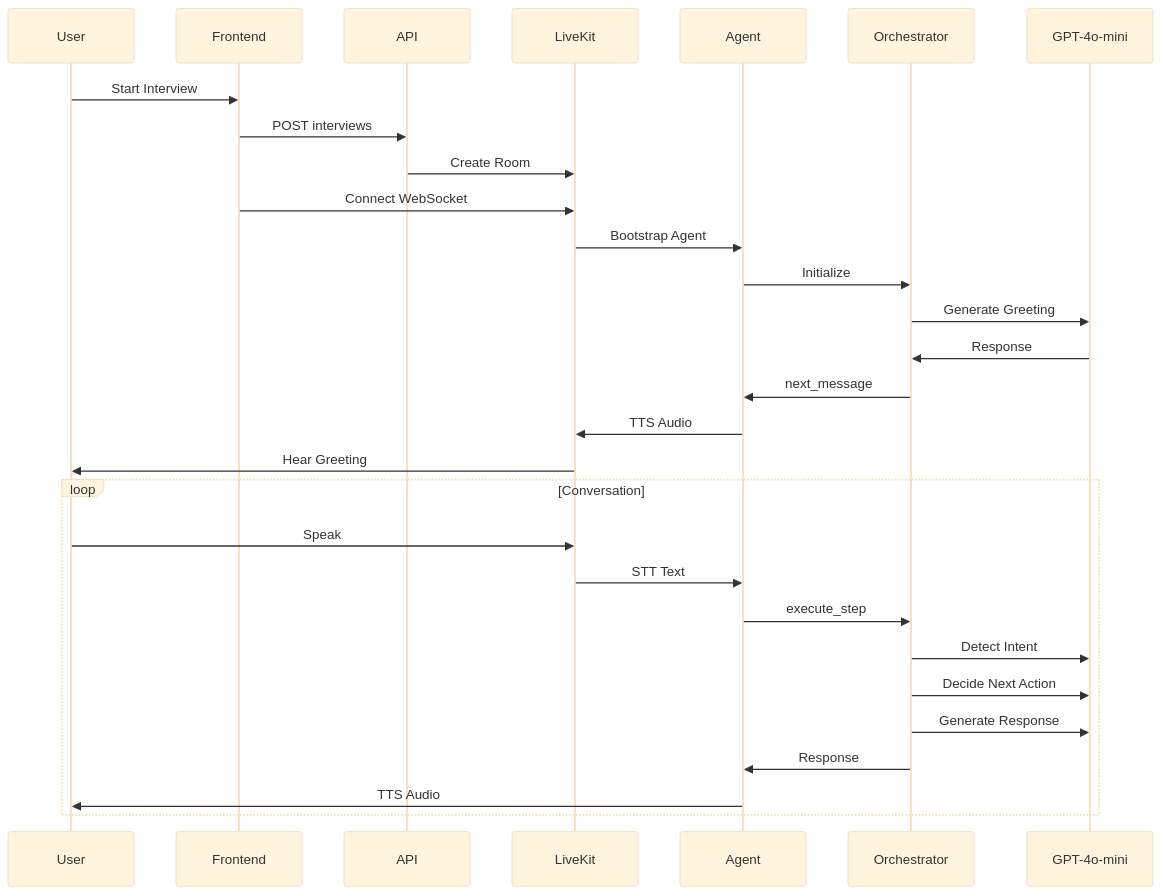
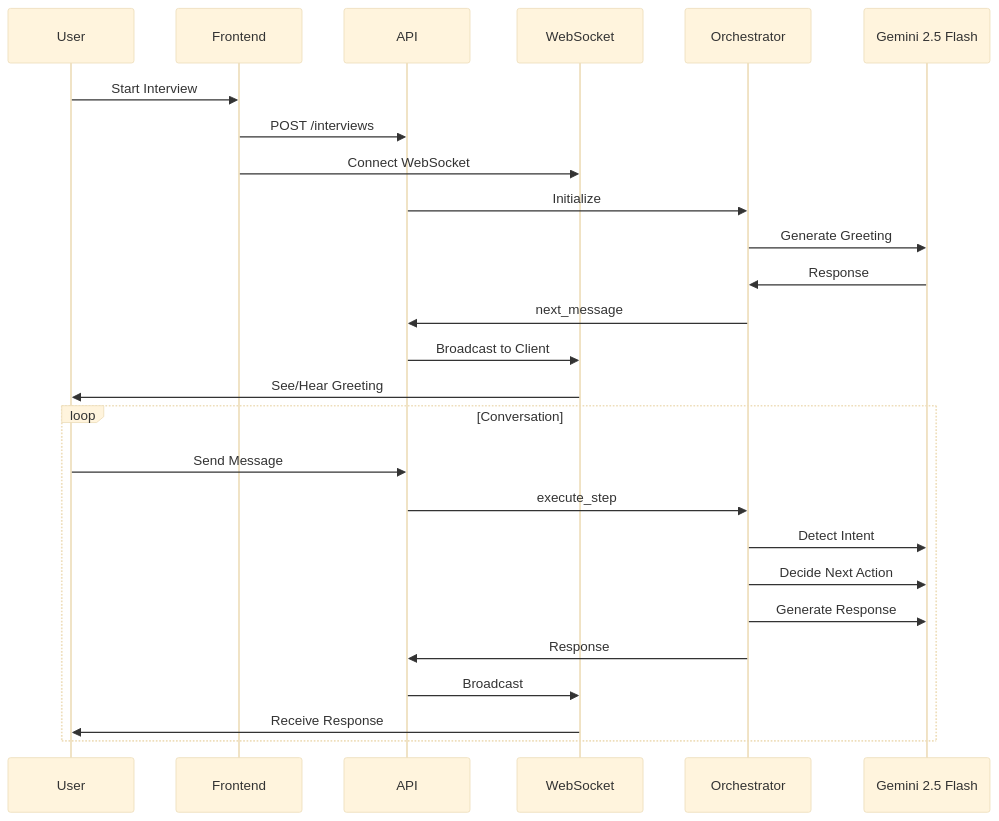
One commit to M0nGKol/SomPheas-AI-Interviewer changed the second of 2 diagrams in README.md. Above: the diagram before and after it, drawn with Mermaid (base theme). The commit also changed other lines of this file, not shown here.

````diff
--- a/README.md
+++ b/README.md
@@ -85,33 +75,30 @@
 ```mermaid
 sequenceDiagram
     participant U as User
     participant F as Frontend
     participant A as API
-    participant LK as LiveKit
-    participant AG as Agent
+    participant WS as WebSocket
     participant O as Orchestrator
-    participant LLM as GPT-4o-mini
+    participant LLM as Gemini 2.5 Flash
 
     U->>F: Start Interview
-    F->>A: POST interviews
-    A->>LK: Create Room
-    F->>LK: Connect WebSocket
-    LK->>AG: Bootstrap Agent
-    AG->>O: Initialize
+    F->>A: POST /interviews
+    F->>WS: Connect WebSocket
+    A->>O: Initialize
     O->>LLM: Generate Greeting
     LLM->>O: Response
-    O->>AG: next_message
-    AG->>LK: TTS Audio
-    LK->>U: Hear Greeting
+    O->>A: next_message
+    A->>WS: Broadcast to Client
+    WS->>U: See/Hear Greeting
 
     loop Conversation
-        U->>LK: Speak
-        LK->>AG: STT Text
-        AG->>O: execute_step
+        U->>A: Send Message
+        A->>O: execute_step
         O->>LLM: Detect Intent
         O->>LLM: Decide Next Action
         O->>LLM: Generate Response
-        O->>AG: Response
-        AG->>U: TTS Audio
+        O->>A: Response
+        A->>WS: Broadcast
+        WS->>U: Receive Response
     end
 ```
````
